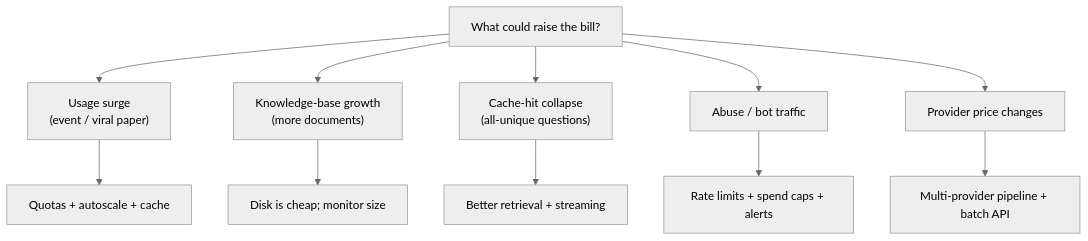
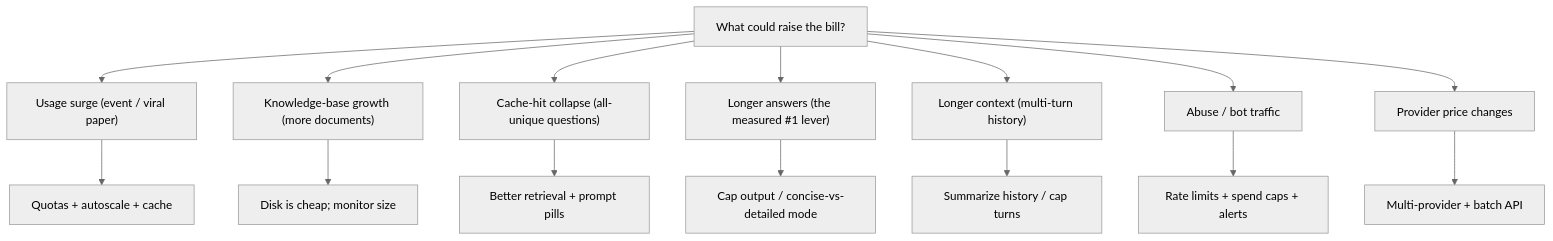
The third of 4 diagrams in docs/cost_model.md (BongweKE/acAIcia), drawn with Mermaid (neutral theme) before and after one commit. The commit also changed other lines of this file, not shown here.

````diff
--- a/docs/cost_model.md
+++ b/docs/cost_model.md
@@ -166,14 +163,18 @@
 ```mermaid
 flowchart TD
     Spike["What could raise the bill?"]
-    Spike --> U["Usage surge<br/>(event / viral paper)"]
-    Spike --> K["Knowledge-base growth<br/>(more documents)"]
-    Spike --> C["Cache-hit collapse<br/>(all-unique questions)"]
+    Spike --> U["Usage surge (event / viral paper)"]
+    Spike --> K["Knowledge-base growth (more documents)"]
+    Spike --> C["Cache-hit collapse (all-unique questions)"]
+    Spike --> L["Longer answers (the measured #1 lever)"]
+    Spike --> H["Longer context (multi-turn history)"]
     Spike --> A["Abuse / bot traffic"]
     Spike --> P["Provider price changes"]
     U --> U1["Quotas + autoscale + cache"]
     K --> K1["Disk is cheap; monitor size"]
-    C --> C1["Better retrieval + streaming"]
+    C --> C1["Better retrieval + prompt pills"]
+    L --> L1["Cap output / concise-vs-detailed mode"]
+    H --> H1["Summarize history / cap turns"]
     A --> A1["Rate limits + spend caps + alerts"]
-    P --> P1["Multi-provider pipeline + batch API"]
+    P --> P1["Multi-provider + batch API"]
 ```
````
